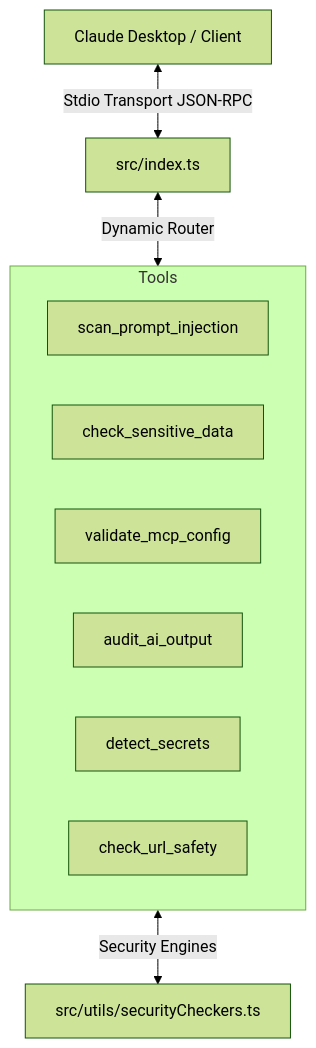
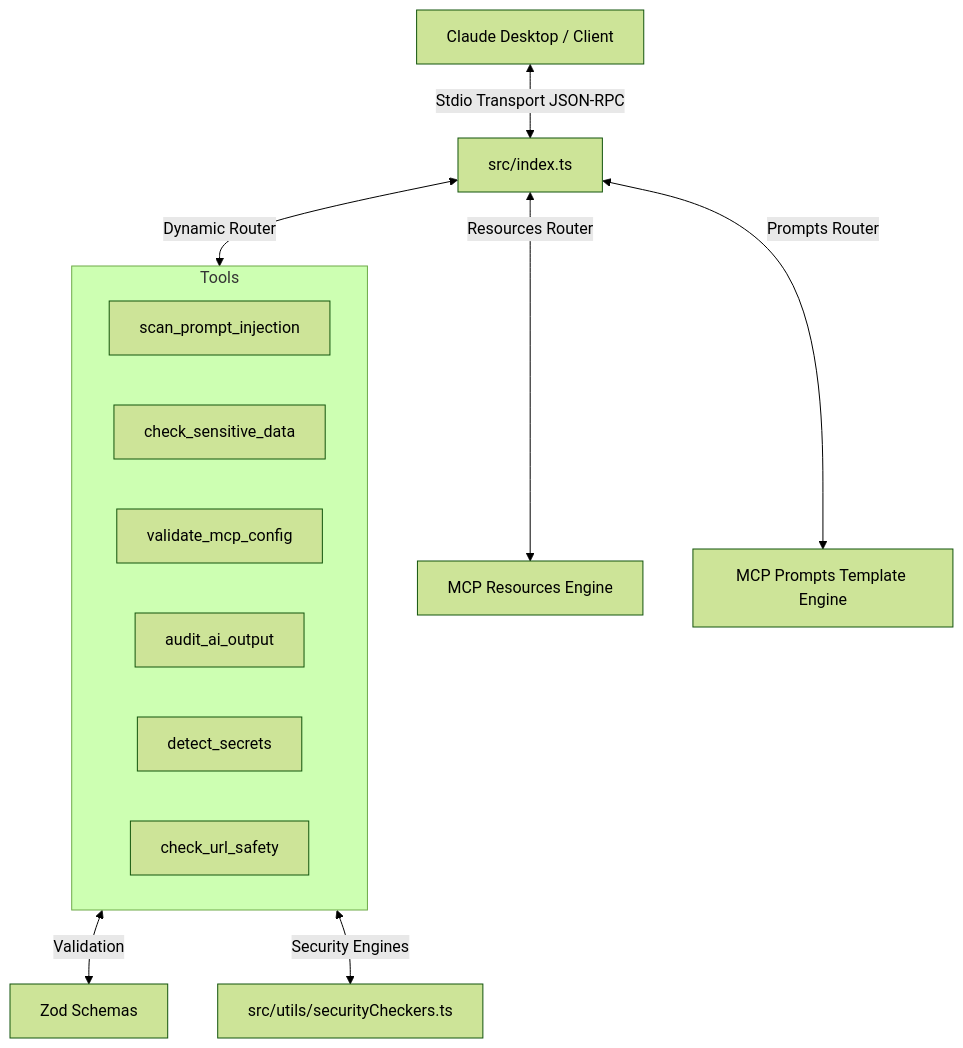
Before and after one commit to akemi1tr/ai-security-mcp: the diagram in README.md, drawn with Mermaid (forest theme). The commit also changed other lines of this file and 9 other files, not shown here.

Commit message:
feat: integrate Zod validation, MCP Resources, and MCP Prompts

````diff
--- a/README.md
+++ b/README.md
@@ -17,15 +17,19 @@
 ```mermaid
 graph TD
     Client["Claude Desktop / Client"] <-->|Stdio Transport JSON-RPC| Index["src/index.ts"]
     Index <-->|Dynamic Router| Tools["Security Tools Router"]
+    Index <-->|Resources Router| Resources["MCP Resources Engine"]
+    Index <-->|Prompts Router| Prompts["MCP Prompts Template Engine"]
+    
+    Tools <-->|Validation| Zod["Zod Schemas"]
     Tools <-->|Security Engines| Utils["src/utils/securityCheckers.ts"]
     
     subgraph Tools
         T1["scan_prompt_injection"]
         T2["check_sensitive_data"]
         T3["validate_mcp_config"]
         T4["audit_ai_output"]
         T5["detect_secrets"]
         T6["check_url_safety"]
     end
 ```
````
